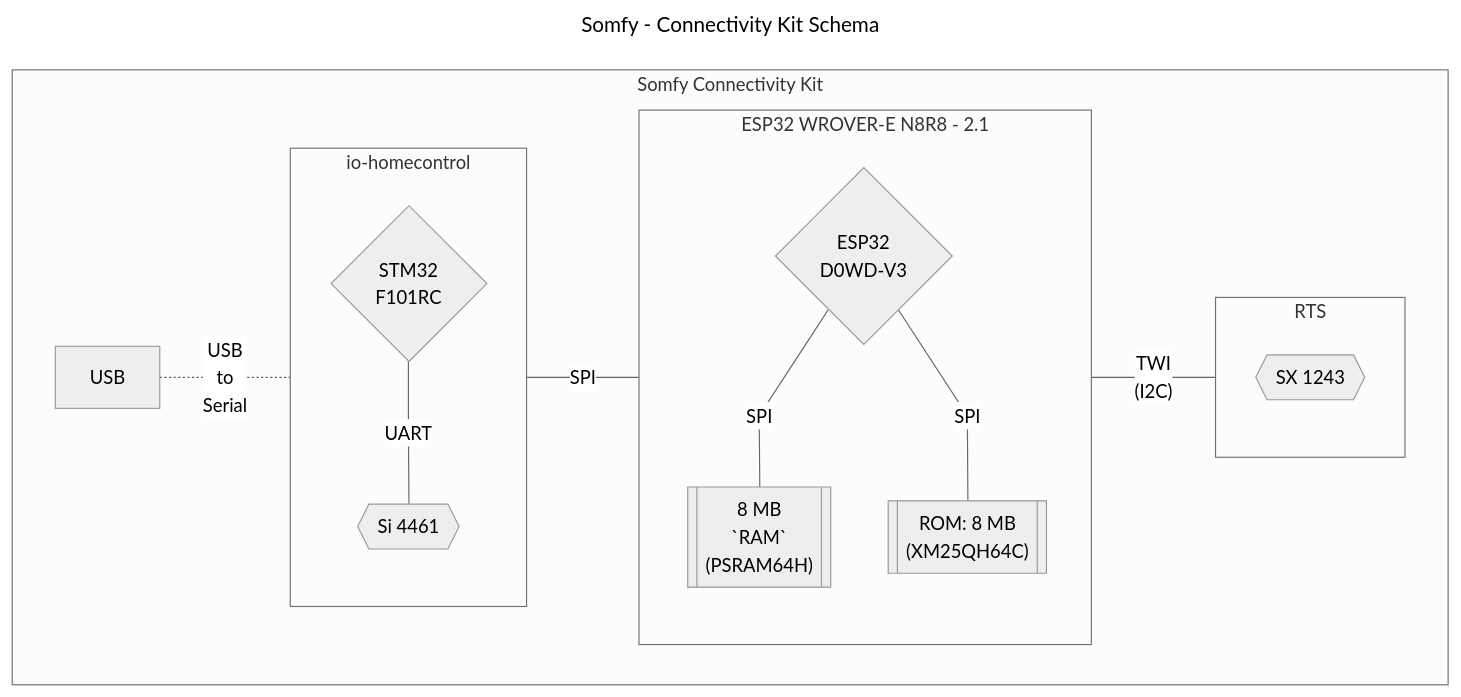
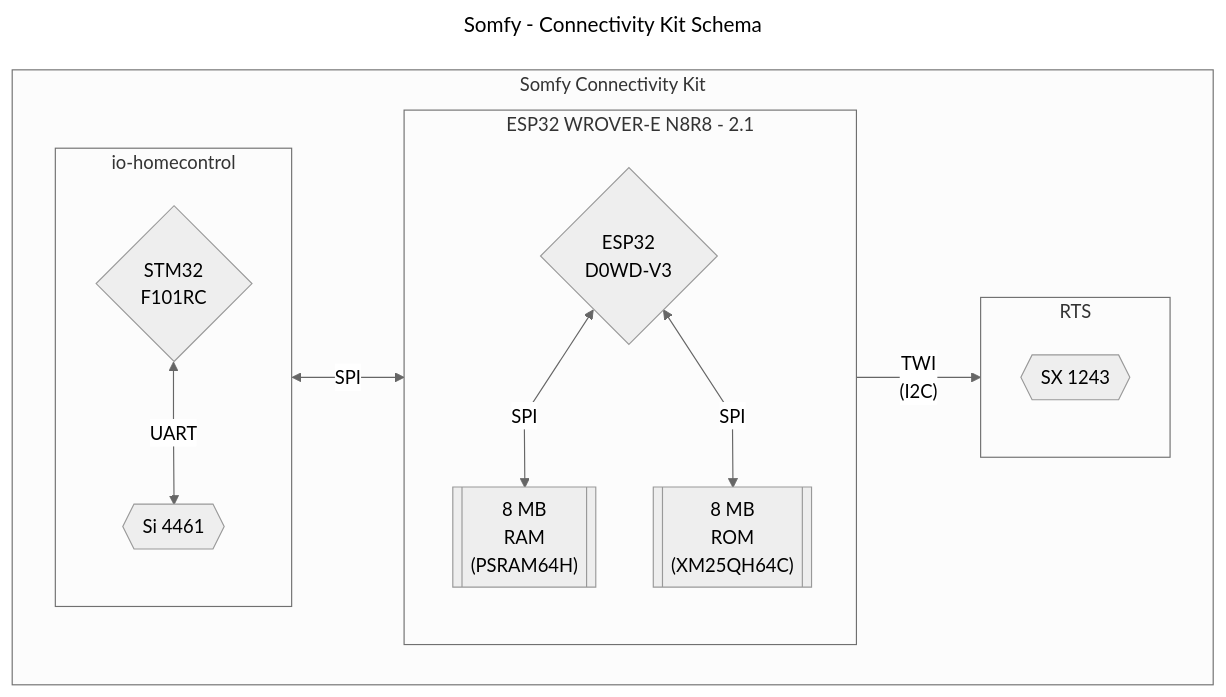
One commit to Velocet/iown-homecontrol changed the first of 2 diagrams in docs/devices/somfy/ConnectivityKit/README.md. Above: the diagram before and after it, drawn with Mermaid. The commit also changed other lines of this file and 21 other files, not shown here.

Commit message:
Docs: Mermaid support, fixes, adopted mkdocs theme structure

````diff
--- a/docs/devices/somfy/ConnectivityKit/README.md
+++ b/docs/devices/somfy/ConnectivityKit/README.md
@@ -5,40 +5,38 @@
-```MERMAID
+``` mermaid
 ---
 title: Somfy - Connectivity Kit Schema
 ---
 %%{init:{
   "theme": "neutral",
   "fontFamily": "monospace",
   "flowchart": {"curve": "linear"}}
 }%%
 
 flowchart LR
 subgraph minikiz["Somfy Connectivity Kit"]
   direction LR
-  pc["USB"]
   subgraph iohc["io-homecontrol"]
     direction TB
-    stm32{"STM32<br>F101RC"}-- "UART" ---si4461{{"Si 4461"}}
+    stm32{"STM32<br>F101RC"}<--"UART"-->si4461{{"Si 4461"}}
     click si4461 "../../datasheets/silabs-si4461.pdf" "Si 4461 Datasheet"
     click stm32 "../../datasheets/stm32-f101rc.pdf" "STM32 F101xC Datasheet"
   end
   subgraph wrover["ESP32 WROVER-E N8R8 - 2.1"]
     direction TB
     esp32{"ESP32<br/>D0WD-V3"}
-    ram[["8 MB<br/>`RAM`<br/>(PSRAM64H)"]]
-    rom[["ROM: 8 MB<br/>(XM25QH64C)"]]
-    esp32-- "SPI" ---ram
-    esp32-- "SPI" ---rom
+    ram[["8 MB<br/>RAM<br/>(PSRAM64H)"]]
+    rom[["8 MB<br/>ROM<br/>(XM25QH64C)"]]
+    esp32<--"SPI"-->ram
+    esp32<--"SPI"-->rom
     click esp32 "../../datasheets/ESP32/esp32-wrover-e-datasheet.pdf"
     click ram "../../datasheets/ESP32/PSRAM64H.pdf"
     click rom "../../datasheets/ESP32/XM25QH64C.pdf"
   end
   subgraph rts["RTS"]
     direction TB
     sx1243{{"SX 1243"}}
     click sx1243 "../../datasheets/semtech/sx1243.pdf"
   end
-  iohc-- "SPI" ---wrover --"TWI<br/>(I2C)"--- rts
-  pc-. "USB<br/>to<br/>Serial" .-iohc
+  iohc<--"SPI"-->wrover--"TWI<br/>(I2C)"-->rts
 end
 ```
````
